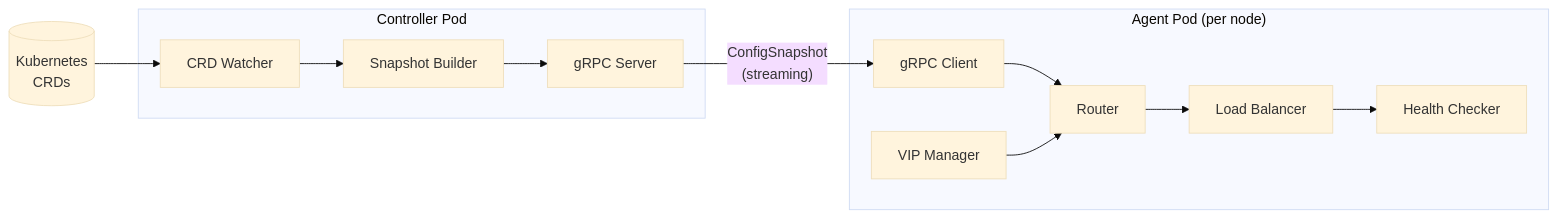
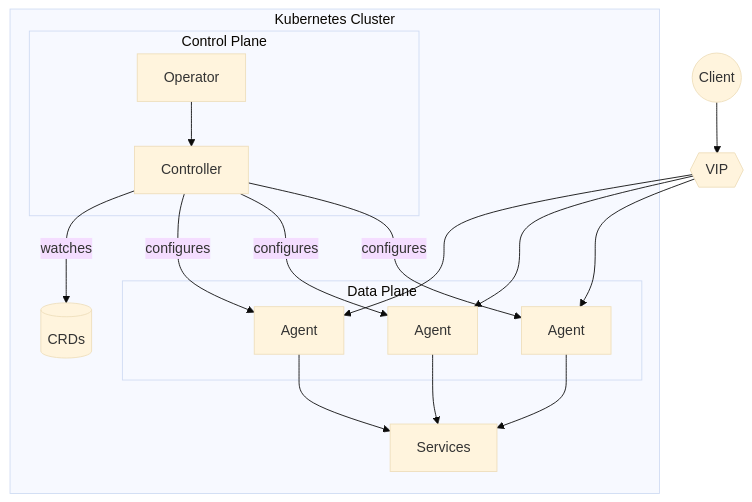
Before and after one commit to azrtydxb/novaedge: the second of 2 diagrams in docs/index.md, drawn with Mermaid (base theme). The commit also changed other lines of this file and 22 other files, not shown here.

First line of the commit message:
[Docs] Complete documentation restructure with logical flow

````diff
--- a/docs/index.md
+++ b/docs/index.md
@@ -171,25 +76,26 @@
 ```mermaid
-flowchart LR
-    subgraph Controller["Controller Pod"]
-        CW["CRD Watcher"]
-        SB["Snapshot Builder"]
-        GS["gRPC Server"]
+flowchart TB
+    subgraph Cluster["Kubernetes Cluster"]
+        subgraph Control["Control Plane"]
+            OP["Operator"]
+            CTRL["Controller"]
+        end
+
+        subgraph Data["Data Plane"]
+            A1["Agent"]
+            A2["Agent"]
+            A3["Agent"]
+        end
+
+        CRD[(CRDs)]
+        SVC["Services"]
     end
 
-    subgraph Agent["Agent Pod (per node)"]
-        GC["gRPC Client"]
-        RT["Router"]
-        LB["Load Balancer"]
-        VIP["VIP Manager"]
-        HC["Health Checker"]
-    end
+    Client((Client)) --> VIP{{"VIP"}}
+    VIP --> A1 & A2 & A3
 
-    CRDs[(Kubernetes<br/>CRDs)] --> CW
-    CW --> SB
-    SB --> GS
-    GS -- "ConfigSnapshot<br/>(streaming)" --> GC
-    GC --> RT
-    RT --> LB
-    LB --> HC
-    VIP --> RT
+    OP --> CTRL
+    CTRL -->|"watches"| CRD
+    CTRL -->|"configures"| A1 & A2 & A3
+    A1 & A2 & A3 --> SVC
 ```
````
